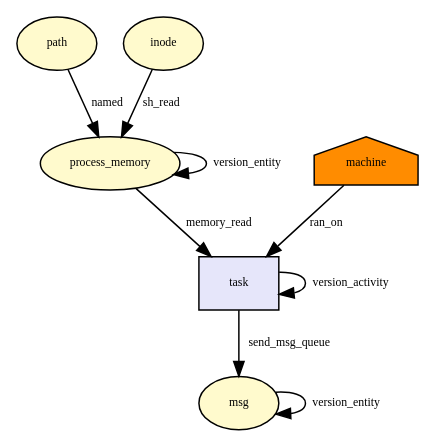
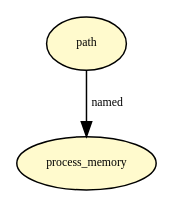
The diagram in docs/dot/msg_queue_msgsnd.dot (CamFlow/camflow-dev), drawn with Graphviz before and after one commit. The commit also changed 52 other files, not shown here.

```diff
--- a/docs/dot/msg_queue_msgsnd.dot
+++ b/docs/dot/msg_queue_msgsnd.dot
@@ -1,29 +1,7 @@
 digraph RGL__DirectedAdjacencyGraph {path[fontsize = 8,label = path,shape = ellipse, fillcolor="#fffacd", style = filled]
 
 process_memory[fontsize = 8,label = process_memory,shape = ellipse, fillcolor="#fffacd", style = filled]
 
 path -> process_memory[fontsize = 8,label = named]
 
-machine[fontsize = 8,label = machine,shape = house, fillcolor="#ff8c00", style = filled]
-
-task[fontsize = 8,label = task,shape = rectangle, fillcolor="#e6e6fa", style = filled]
-
-machine -> task[fontsize = 8,label = ran_on]
-
-process_memory -> task[fontsize = 8,label = memory_read]
-
-msg[fontsize = 8,label = msg,shape = ellipse, fillcolor="#fffacd", style = filled]
-
-task -> msg[fontsize = 8,label = send_msg_queue]
-
-task -> task[fontsize = 8,label = version_activity]
-
-msg -> msg[fontsize = 8,label = version_entity]
-
-inode[fontsize = 8,label = inode,shape = ellipse, fillcolor="#fffacd", style = filled]
-
-inode -> process_memory[fontsize = 8,label = sh_read]
-
-process_memory -> process_memory[fontsize = 8,label = version_entity]
-
 }
```
